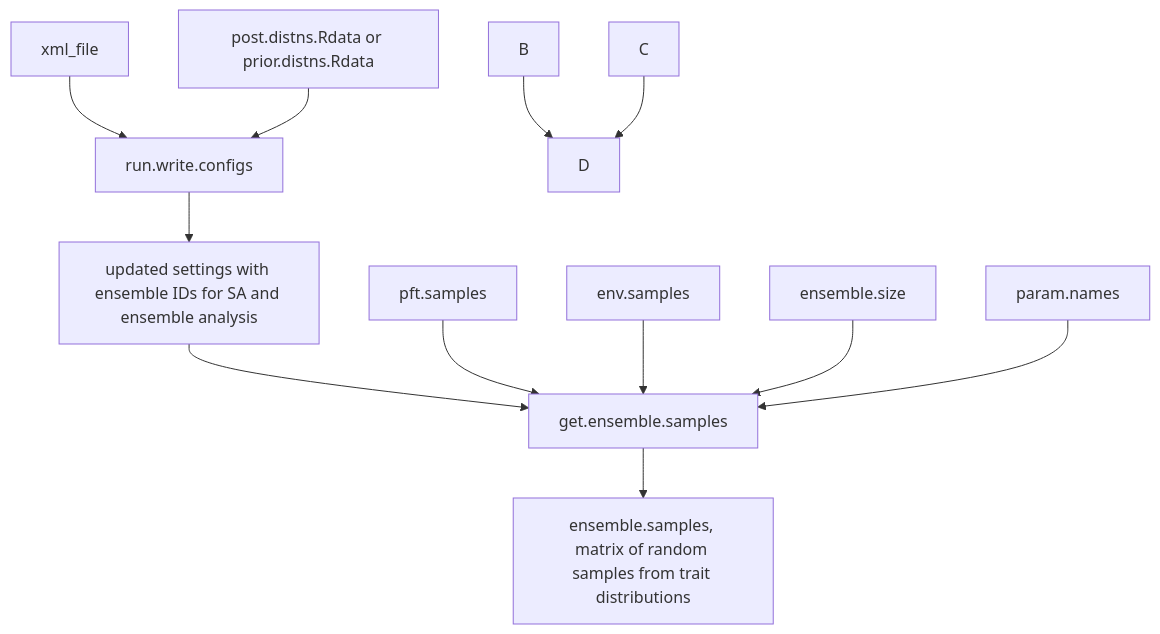
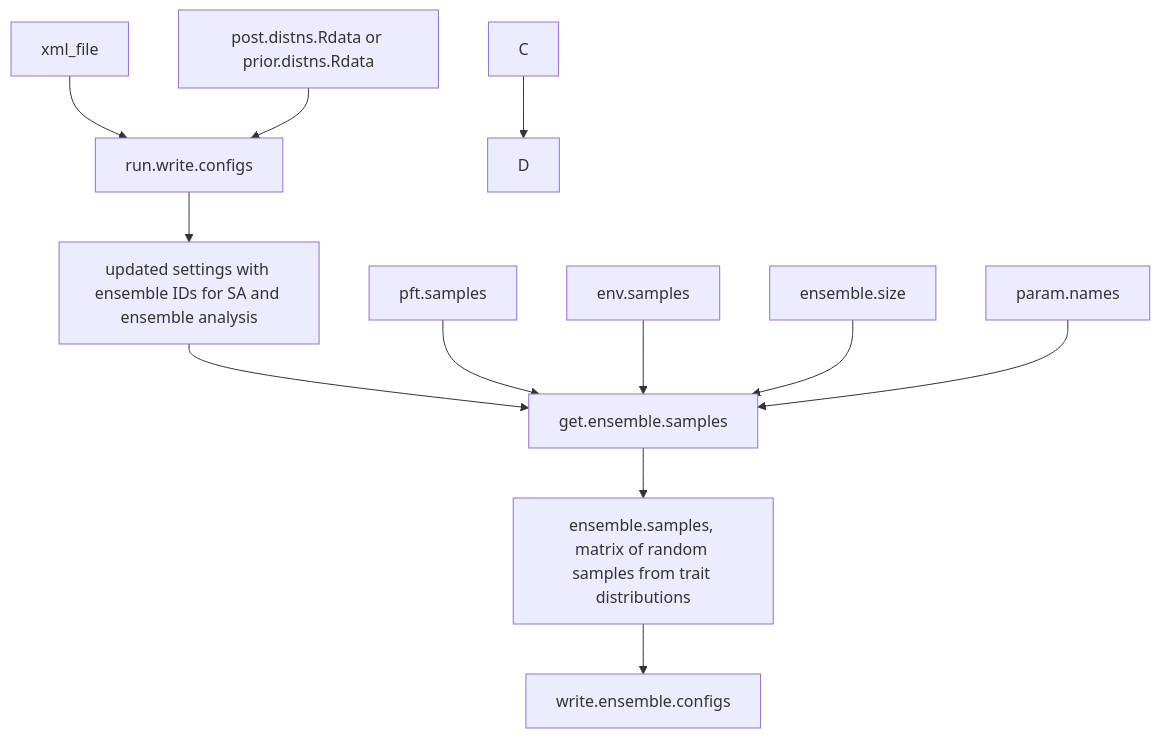
One commit to ecamo19/gsoc_project_2022_vm changed the diagram in README.md. Above: the diagram before and after it, drawn with Mermaid.

````diff
--- a/README.md
+++ b/README.md
@@ -50,14 +50,14 @@
 ```mermaid
   graph TD;
       settings[xml_file]-->run.write.configs ;
       posterior.files[post.distns.Rdata or prior.distns.Rdata]-->run.write.configs;
       run.write.configs-->output_1[updated settings with ensemble IDs for SA and ensemble analysis ];
       output_1[updated settings with ensemble IDs for SA and ensemble analysis]-->get.ensemble.samples;
       input_get_ensemble_1[pft.samples]-->get.ensemble.samples;
       input_get_ensemble_2[env.samples]-->get.ensemble.samples;
       input_get_ensemble_3[ensemble.size]-->get.ensemble.samples;
       input_get_ensemble_4[param.names]-->get.ensemble.samples;
       get.ensemble.samples--> output_get_ensemble[ensemble.samples, matrix of random samples from trait distributions];
-      B-->D;
+      output_get_ensemble[ensemble.samples, matrix of random samples from trait distributions]-->write.ensemble.configs;
       C-->D;
 ```
````
